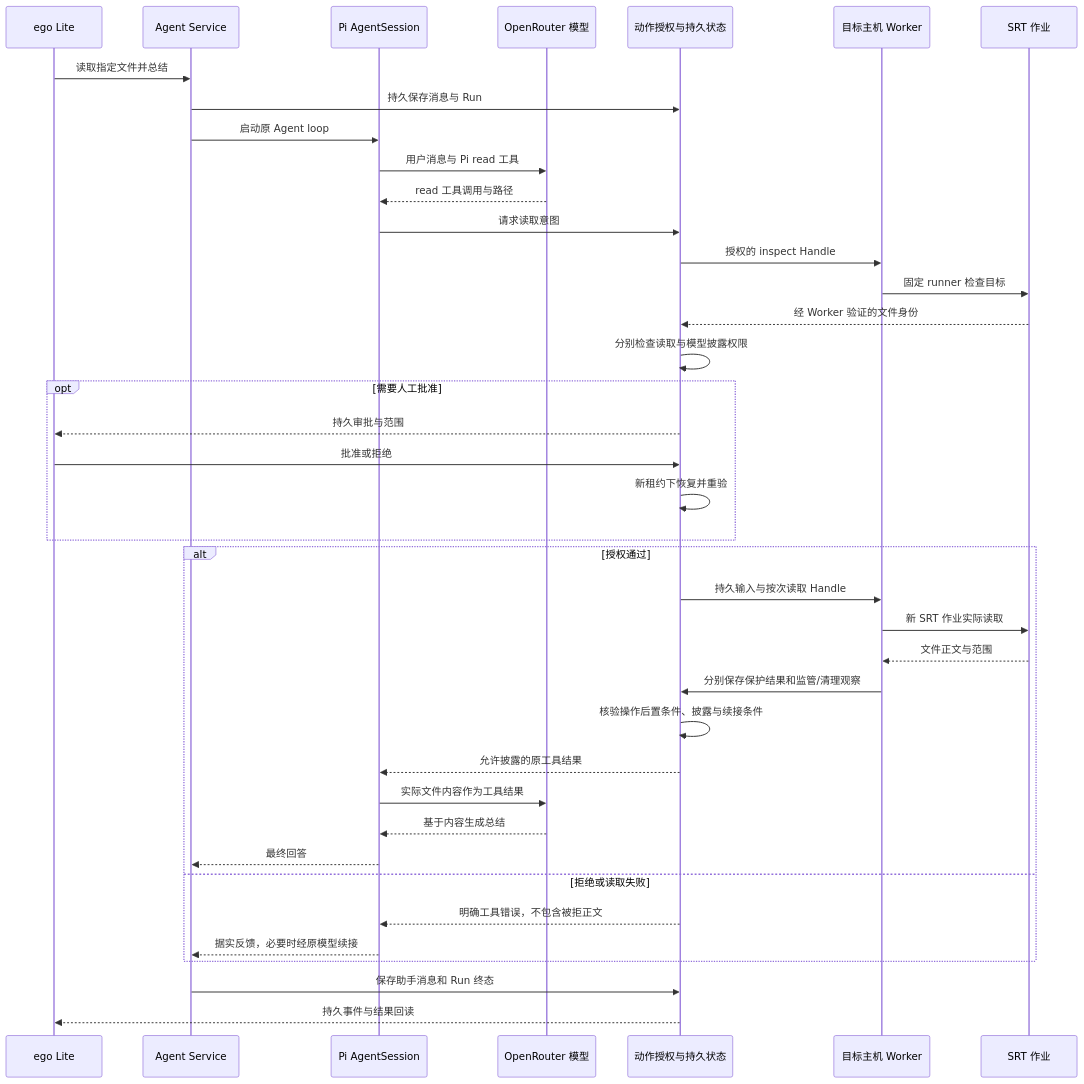
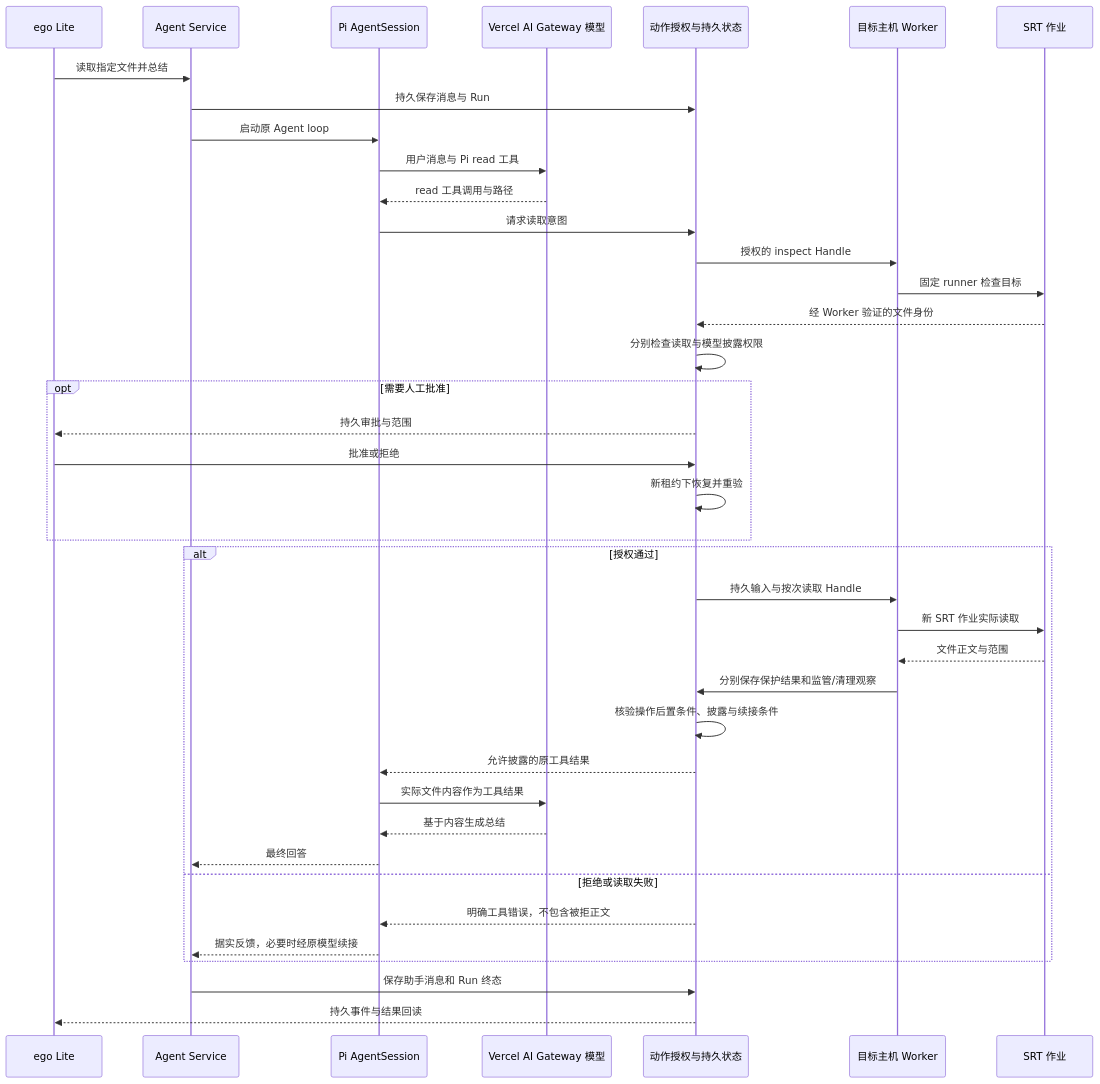
One commit to sixianli/himawari-agent changed the second of 3 diagrams in docs/execution/specs/2026-09-07-srt-unified-execution-design.md. Above: the diagram before and after it, drawn with Mermaid. The commit also changed other lines of this file and 81 other files, not shown here.

First line of the commit message:
feat(models): migrate to Vercel gateway and upgrade Mem0

````diff
--- a/docs/execution/specs/2026-09-07-srt-unified-execution-design.md
+++ b/docs/execution/specs/2026-09-07-srt-unified-execution-design.md
@@ -152,41 +152,41 @@
 ```mermaid
 sequenceDiagram
     participant B as ego Lite
     participant A as Agent Service
     participant P as Pi AgentSession
-    participant M as OpenRouter 模型
+    participant M as Vercel AI Gateway 模型
     participant G as 动作授权与持久状态
     participant W as 目标主机 Worker
     participant S as SRT 作业
     B->>A: 读取指定文件并总结
     A->>G: 持久保存消息与 Run
     A->>P: 启动原 Agent loop
     P->>M: 用户消息与 Pi read 工具
     M-->>P: read 工具调用与路径
     P->>G: 请求读取意图
     G->>W: 授权的 inspect Handle
     W->>S: 固定 runner 检查目标
     S-->>G: 经 Worker 验证的文件身份
     G->>G: 分别检查读取与模型披露权限
     opt 需要人工批准
         G-->>B: 持久审批与范围
         B->>G: 批准或拒绝
         G->>G: 新租约下恢复并重验
     end
     alt 授权通过
         G->>W: 持久输入与按次读取 Handle
         W->>S: 新 SRT 作业实际读取
         S-->>W: 文件正文与范围
         W->>G: 分别保存保护结果和监管/清理观察
         G->>G: 核验操作后置条件、披露与续接条件
         G-->>P: 允许披露的原工具结果
         P->>M: 实际文件内容作为工具结果
         M-->>P: 基于内容生成总结
         P-->>A: 最终回答
     else 拒绝或读取失败
         G-->>P: 明确工具错误，不包含被拒正文
         P-->>A: 据实反馈，必要时经原模型续接
     end
     A->>G: 保存助手消息和 Run 终态
     G-->>B: 持久事件与结果回读
 ```
````
